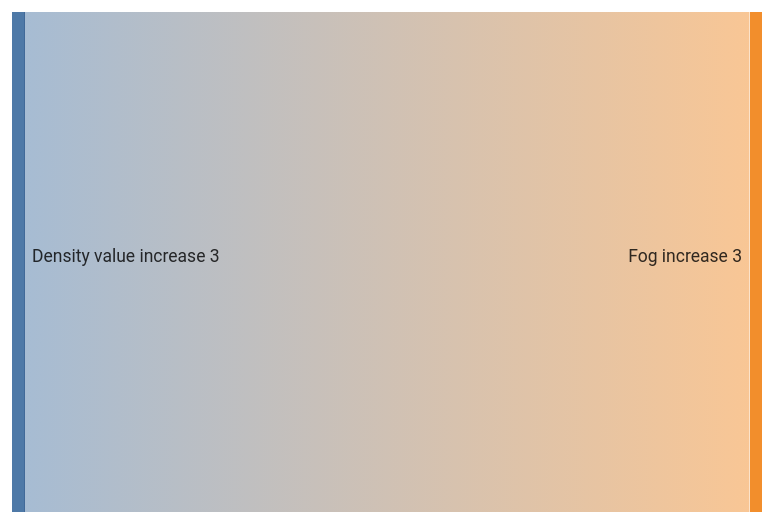
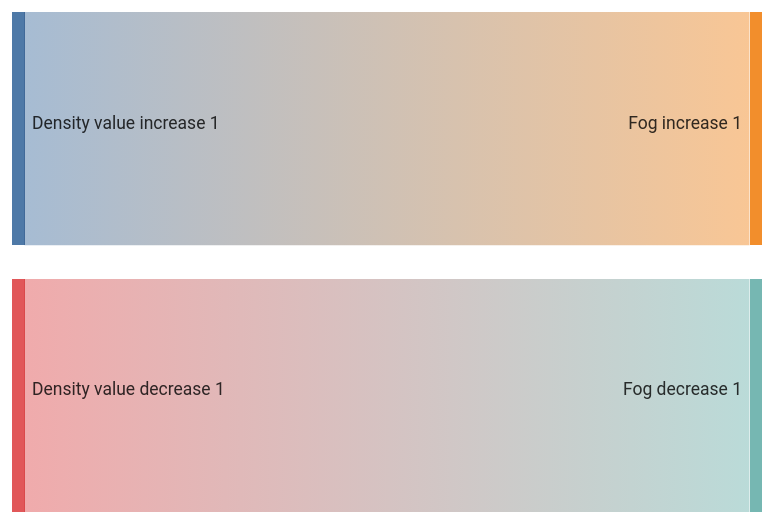
The fourth of 5 diagrams in README.md (aaravss1/Realism-in-Roblox), drawn with Mermaid before and after one commit.

````diff
--- a/README.md
+++ b/README.md
@@ -81,4 +81,5 @@
 ```mermaid
 sankey-beta
-Density value increase,Fog increase , 3
+Density value increase,Fog increase , 1
+Density value decrease,Fog decrease, 1
 ```
````
